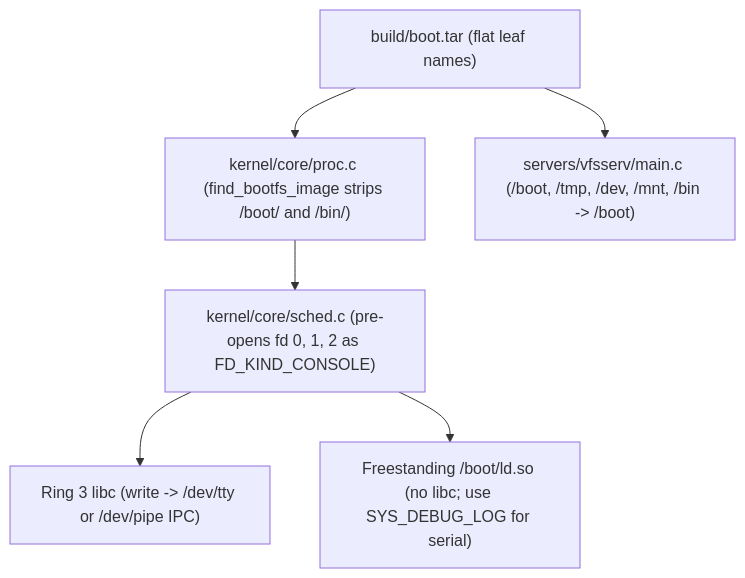
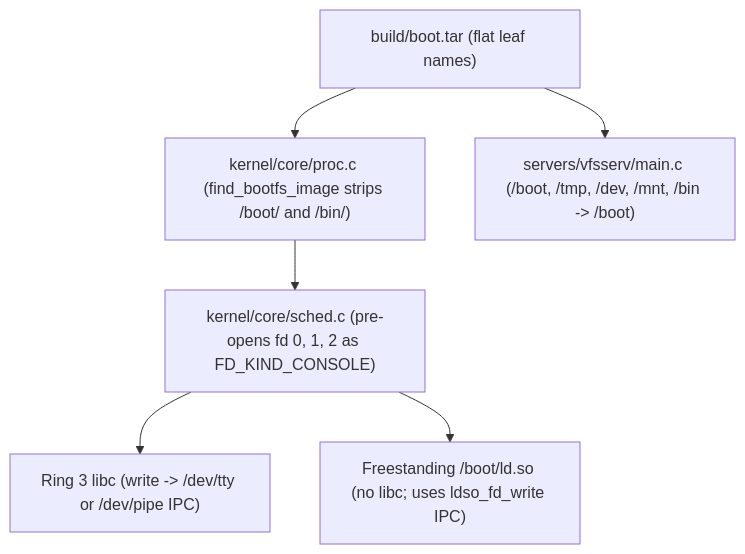
The diagram in docs/00-overview/codebase-map.md (Deniz-Eren/microkernel), drawn with Mermaid before and after one commit. The commit also changed other lines of this file and 8 other files, not shown here.

First line of the commit message:
fix(ldso): route ldd output via generic fd 1/2 IPC and guard SYS_DEBUG_LOG

````diff
--- a/docs/00-overview/codebase-map.md
+++ b/docs/00-overview/codebase-map.md
@@ -41,15 +41,15 @@
 ```mermaid
 flowchart TD
     TAR["build/boot.tar (flat leaf names)"]
     KEXEC["kernel/core/proc.c (find_bootfs_image strips /boot/ and /bin/)"]
     VFS["servers/vfsserv/main.c (/boot, /tmp, /dev, /mnt, /bin -> /boot)"]
     SCHED["kernel/core/sched.c (pre-opens fd 0, 1, 2 as FD_KIND_CONSOLE)"]
     LIBC["Ring 3 libc (write -> /dev/tty or /dev/pipe IPC)"]
-    LDSO["Freestanding /boot/ld.so (no libc; use SYS_DEBUG_LOG for serial)"]
+    LDSO["Freestanding /boot/ld.so (no libc; uses ldso_fd_write IPC)"]
 
     TAR --> KEXEC
     TAR --> VFS
     KEXEC --> SCHED
     SCHED --> LIBC
     SCHED --> LDSO
 ```
````
